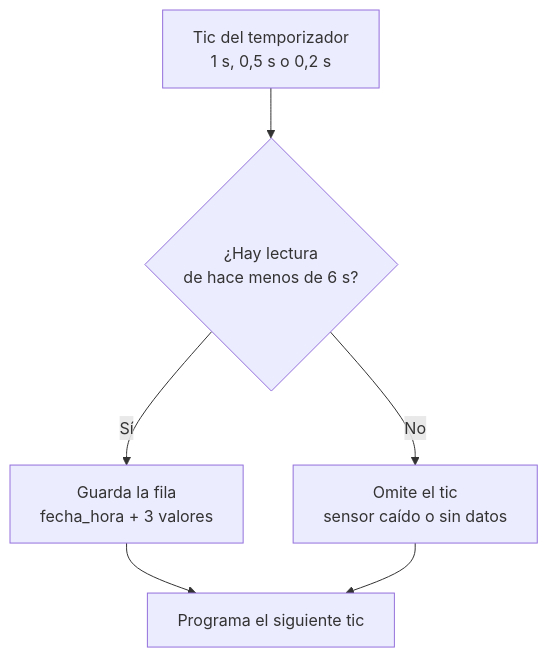
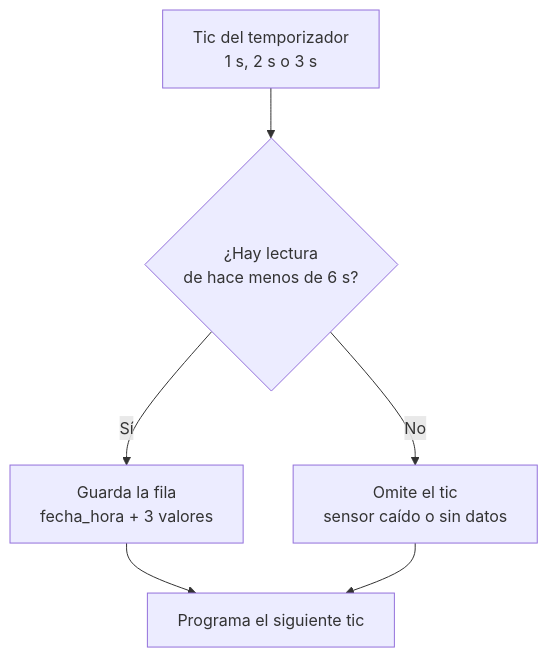
Before and after one commit to cescalantea/bigdata_evaluacion2: the fourth of 7 diagrams in docs/flujo_logico_arduino.md, drawn with Mermaid. The commit also changed other lines of this file and 4 other files, not shown here.

````diff
--- a/docs/flujo_logico_arduino.md
+++ b/docs/flujo_logico_arduino.md
@@ -120,8 +121,8 @@
 ```mermaid
 flowchart TD
-    T["Tic del temporizador<br/>1 s, 0,5 s o 0,2 s"] --> Q{"¿Hay lectura<br/>de hace menos de 6 s?"}
+    T["Tic del temporizador<br/>1 s, 2 s o 3 s"] --> Q{"¿Hay lectura<br/>de hace menos de 6 s?"}
     Q -->|Sí| W["Guarda la fila<br/>fecha_hora + 3 valores"]
     Q -->|No| X["Omite el tic<br/>sensor caído o sin datos"]
     W --> N["Programa el siguiente tic"]
     X --> N
 ```
````
